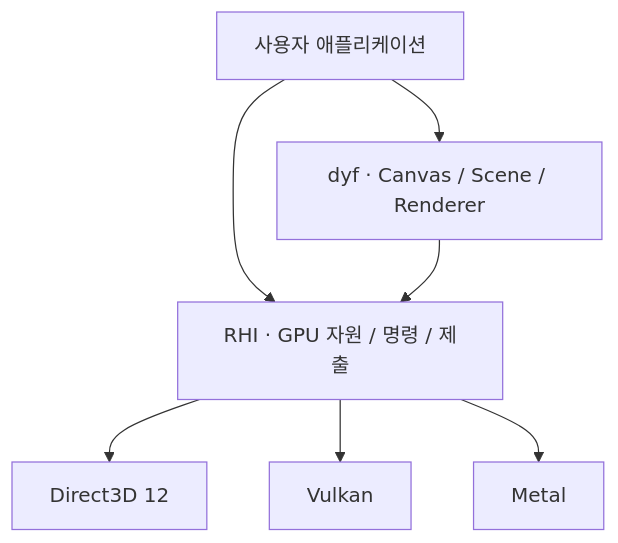
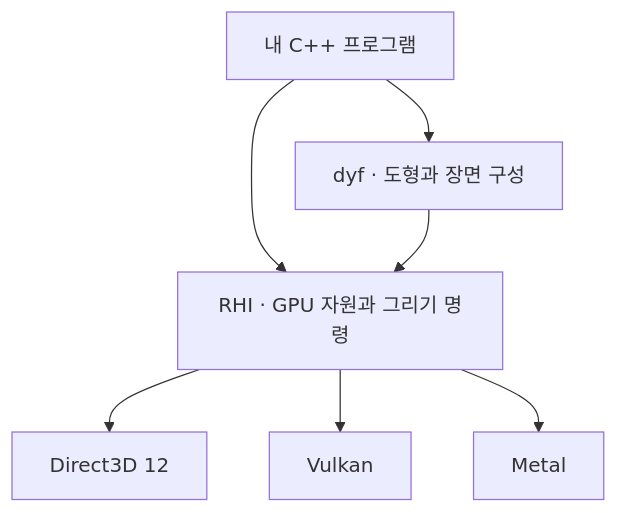
One commit to yunhoon0206/dy_engine changed the diagram in README.md. Above: the diagram before and after it, drawn with Mermaid. The commit also changed other lines of this file and 2 other files, not shown here.

````diff
--- a/README.md
+++ b/README.md
@@ -96,9 +134,9 @@
 ```mermaid
 flowchart TD
-    App[사용자 애플리케이션] --> API["dyf · Canvas / Scene / Renderer"]
-    App --> RHI["RHI · GPU 자원 / 명령 / 제출"]
-    API --> RHI
-    RHI --> D3D12[Direct3D 12]
-    RHI --> Vulkan[Vulkan]
-    RHI --> Metal[Metal]
+    App["내 C++ 프로그램"] --> Scene["dyf · 도형과 장면 구성"]
+    App --> RHI["RHI · GPU 자원과 그리기 명령"]
+    Scene --> RHI
+    RHI --> D3D12["Direct3D 12"]
+    RHI --> Vulkan["Vulkan"]
+    RHI --> Metal["Metal"]
 ```
````
